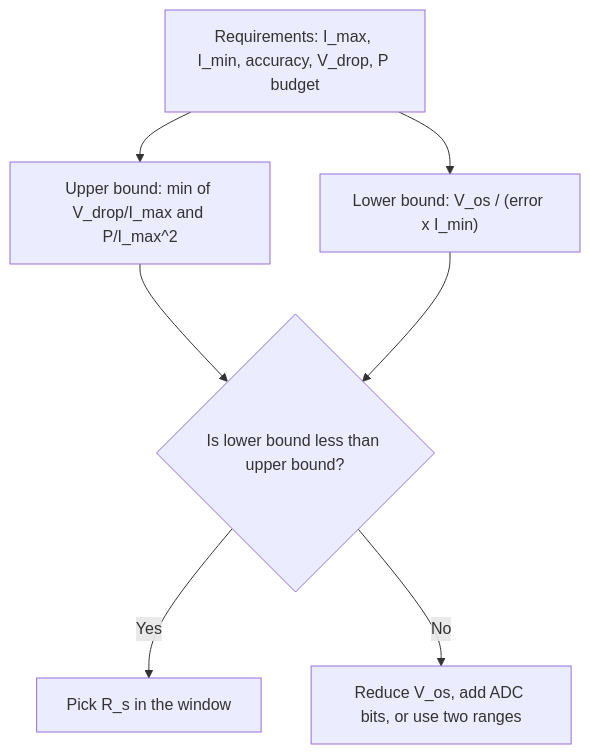
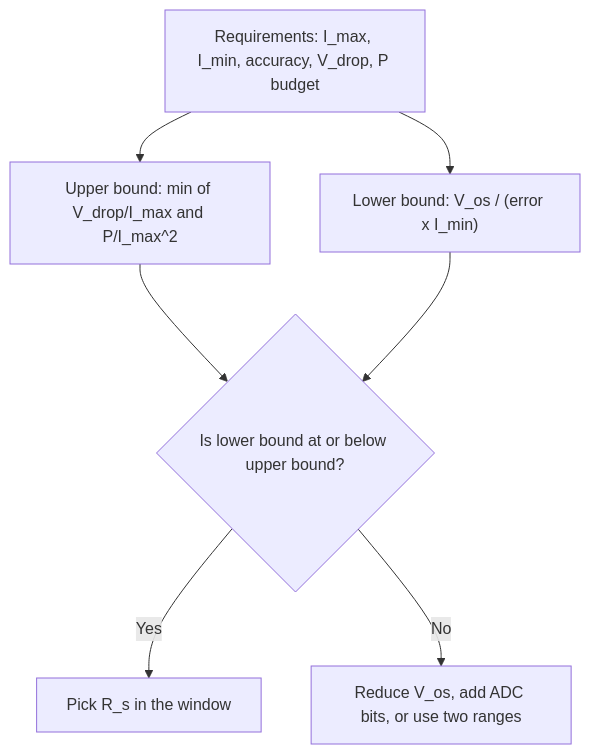
Before and after one commit to atallm7/monty-prep: the diagram in content/questions/q0445.md, drawn with Mermaid. The commit also changed other lines of this file and 51 other files, not shown here.

````diff
--- a/content/questions/q0445.md
+++ b/content/questions/q0445.md
@@ -113,9 +113,9 @@
 ```mermaid
 flowchart TB
   A["Requirements: I_max, I_min, accuracy, V_drop, P budget"] --> B["Upper bound: min of V_drop/I_max and P/I_max^2"]
   A --> C["Lower bound: V_os / (error x I_min)"]
-  B --> D{"Is lower bound less than upper bound?"}
+  B --> D{"Is lower bound at or below upper bound?"}
   C --> D
   D -->|Yes| E["Pick R_s in the window"]
   D -->|No| F["Reduce V_os, add ADC bits, or use two ranges"]
 ```
````
